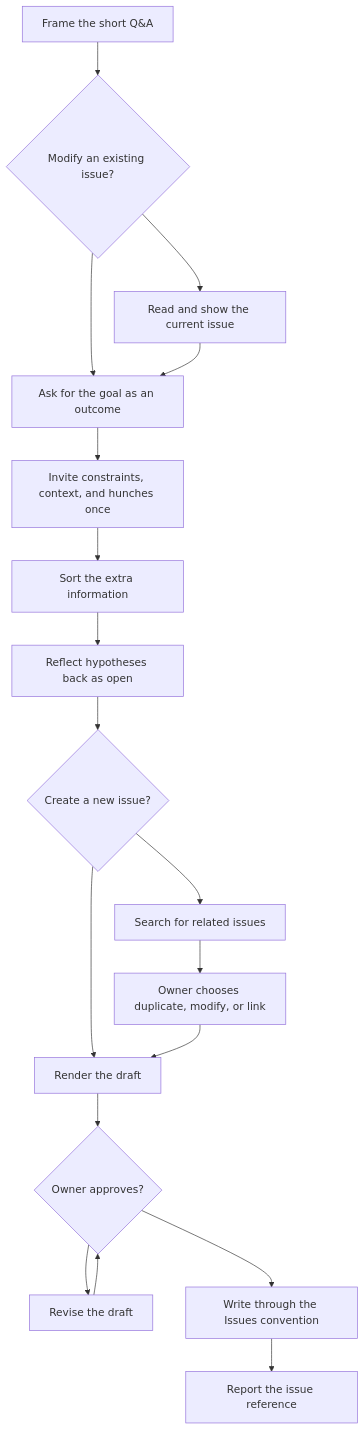
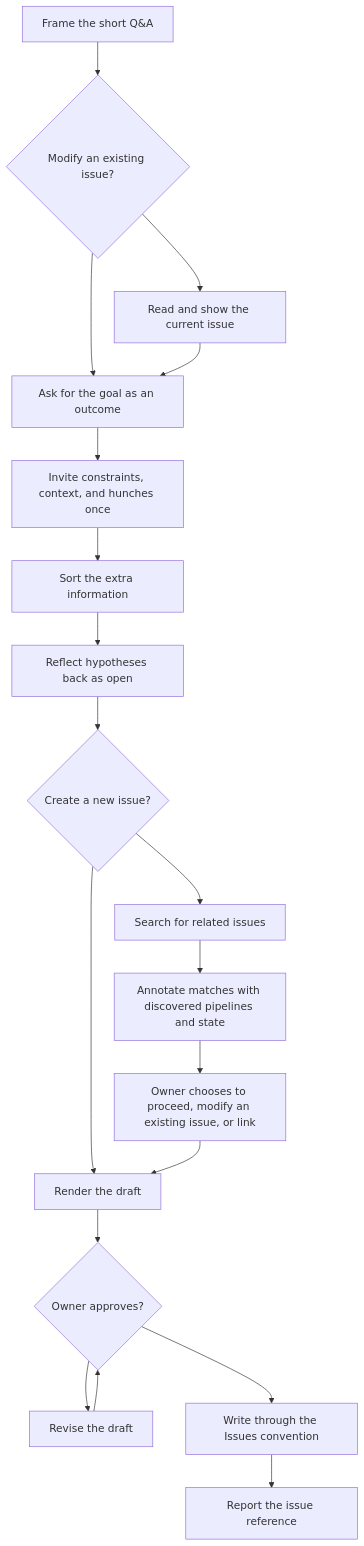
One commit to Automattic/radical-pipelines changed the diagram in docs/flowcharts/manage-issues.md. Above: the diagram before and after it, drawn with Mermaid. The commit also changed 7 other files, not shown here.

Commit message:
Synchronize orchestration flowcharts

````diff
--- a/docs/flowcharts/manage-issues.md
+++ b/docs/flowcharts/manage-issues.md
@@ -5,20 +5,21 @@
 ```mermaid
 flowchart TD
     A["Frame the short Q&A"] --> B{"Modify an existing issue?"}
     B --> C["Read and show the current issue"]
     B --> D["Ask for the goal as an outcome"]
     C --> D
     D --> E["Invite constraints, context, and hunches once"]
     E --> F["Sort the extra information"]
     F --> G["Reflect hypotheses back as open"]
     G --> H{"Create a new issue?"}
     H --> I["Search for related issues"]
     H --> K["Render the draft"]
-    I --> J["Owner chooses duplicate, modify, or link"]
+    I --> IA["Annotate matches with discovered pipelines and state"]
+    IA --> J["Owner chooses to proceed, modify an existing issue, or link"]
     J --> K
     K --> L{"Owner approves?"}
     L --> M["Revise the draft"]
     M --> L
     L --> N["Write through the Issues convention"]
     N --> O["Report the issue reference"]
 ```
````
